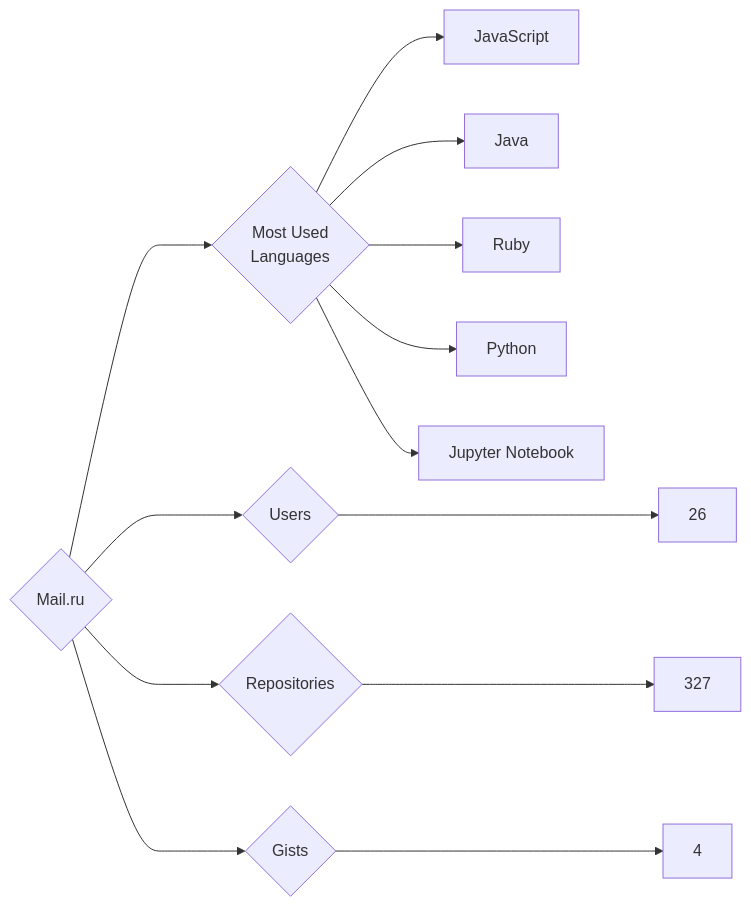
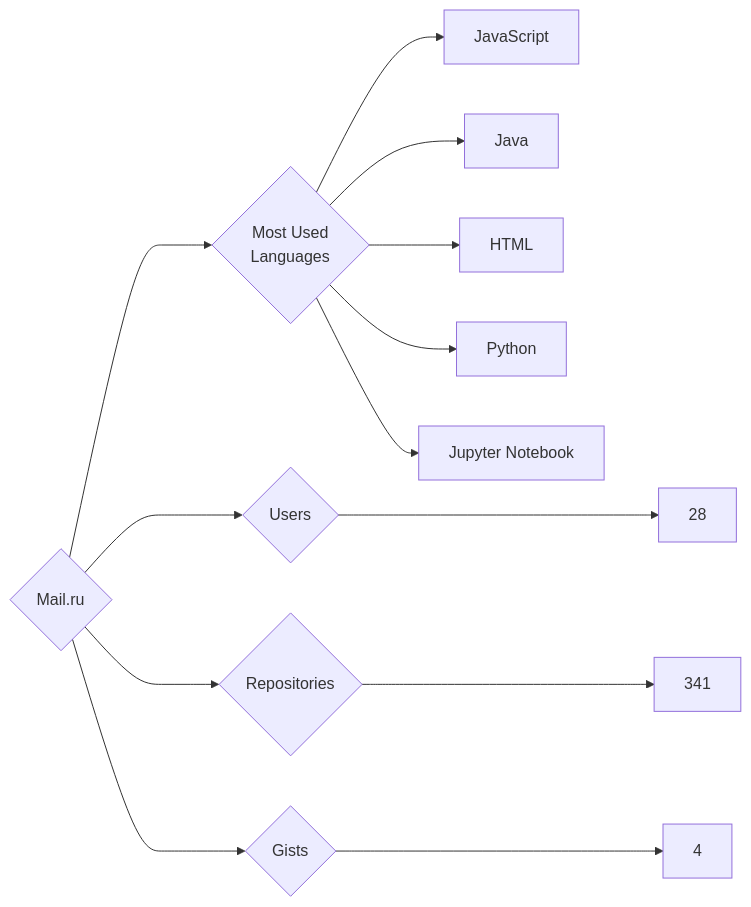
The diagram in targets/Mail.ru/README.md (trickest/insiders), drawn with Mermaid before and after one commit. The commit also changed 894 other files, not shown here.

````diff
--- a/targets/Mail.ru/README.md
+++ b/targets/Mail.ru/README.md
@@ -3,13 +3,13 @@
 ```mermaid
 graph LR
 COMPANY_NAME{Mail.ru}
-COMPANY_NAME ---> U{Users} ---> UN[26]
-COMPANY_NAME ---> R{Repositories} ---> RN[327]
+COMPANY_NAME ---> U{Users} ---> UN[28]
+COMPANY_NAME ---> R{Repositories} ---> RN[341]
 COMPANY_NAME ---> G{Gists} ---> GN[4]
 COMPANY_NAME ---> ML{Most Used<br>Languages}
 ML --> JavaScript[JavaScript]
 ML --> Java[Java]
-ML --> Ruby[Ruby]
+ML --> HTML[HTML]
 ML --> Python[Python]
 ML --> Jupyter_Notebook[Jupyter Notebook]
 ```
````
